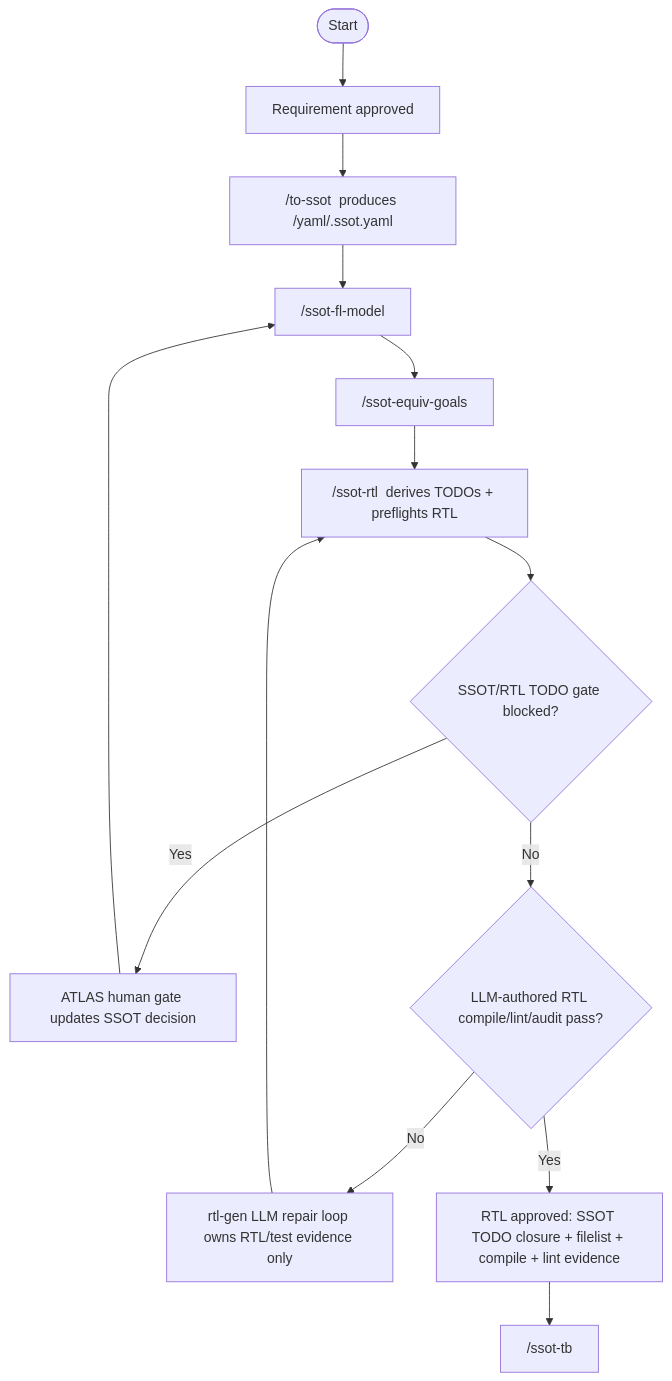
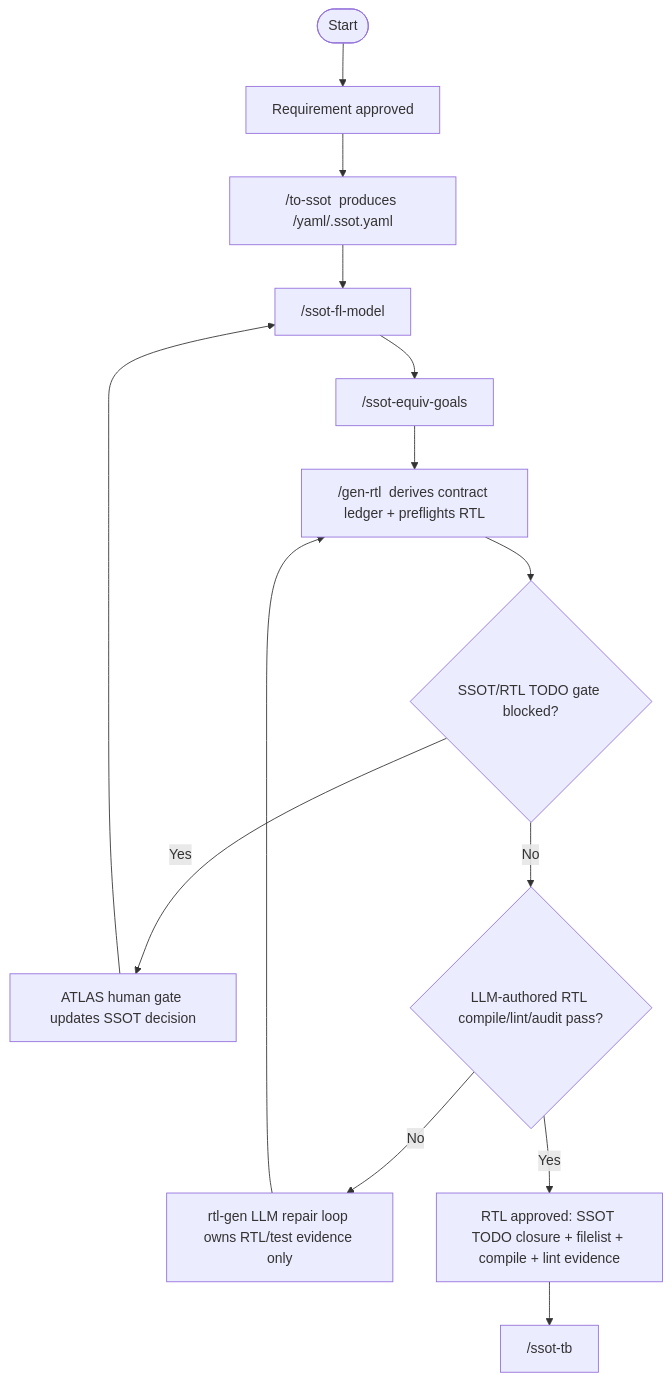
The diagram in common_ai_agent/workflow/rtl-gen/RTL_GEN_FLOW.md (together2329/brian_hw), drawn with Mermaid before and after one commit. The commit also changed other lines of this file and 16 other files, not shown here.

Commit message:
Use single gen-rtl todo for RTL generation

````diff
--- a/common_ai_agent/workflow/rtl-gen/RTL_GEN_FLOW.md
+++ b/common_ai_agent/workflow/rtl-gen/RTL_GEN_FLOW.md
@@ -12,16 +12,16 @@
 ```mermaid
 flowchart TD
     A([Start]) --> B["Requirement approved"]
     B --> C["/to-ssot <ip> produces <ip>/yaml/<ip>.ssot.yaml"]
     C --> D["/ssot-fl-model <ip>"]
     D --> E["/ssot-equiv-goals <ip>"]
-    E --> F["/ssot-rtl <ip> derives TODOs + preflights RTL"]
+    E --> F["/gen-rtl <ip> derives contract ledger + preflights RTL"]
     F --> G{SSOT/RTL TODO gate blocked?}
     G -->|Yes| H["ATLAS human gate updates SSOT decision"]
     H --> D
     G -->|No| I{LLM-authored RTL compile/lint/audit pass?}
     I -->|No| J["rtl-gen LLM repair loop owns RTL/test evidence only"]
     J --> F
     I -->|Yes| K["RTL approved: SSOT TODO closure + filelist + compile + lint evidence"]
     K --> L["/ssot-tb <ip>"]
 ```
````
